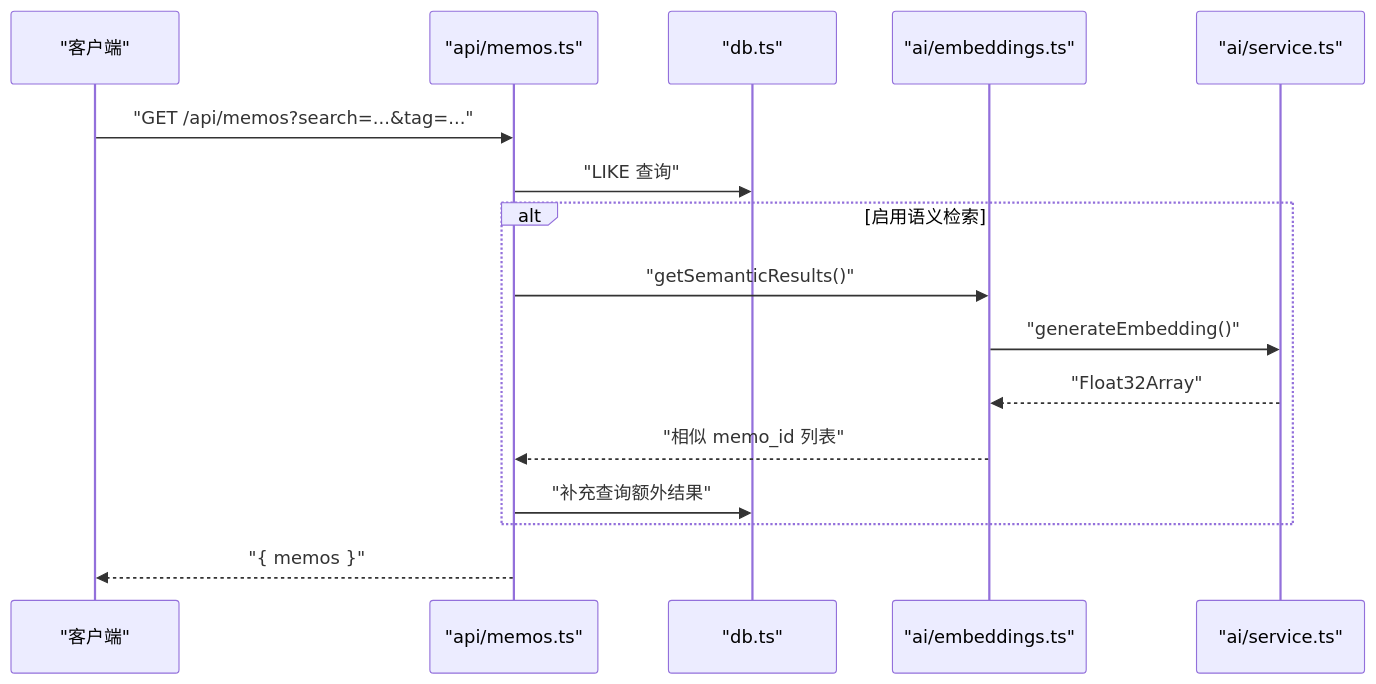
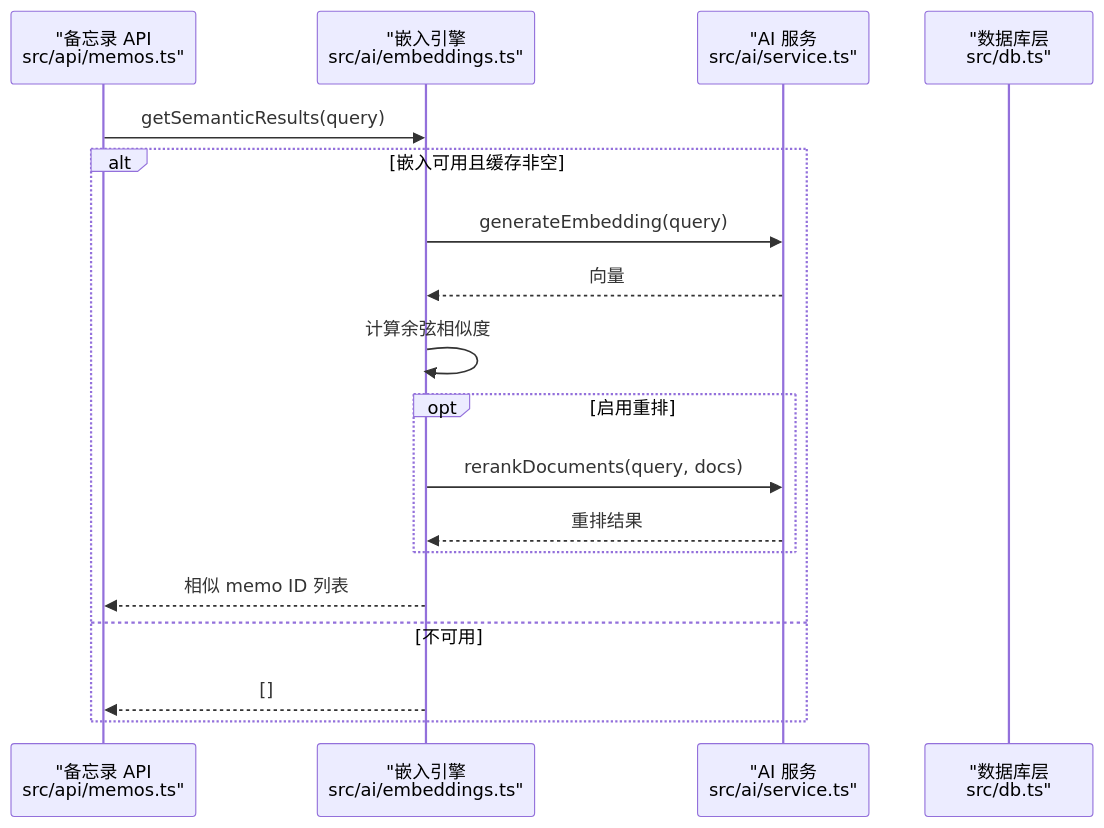
The sixth of 7 diagrams in .qoder/repowiki/zh/content/故障排除.md (BlackBoxRecorder/memos), drawn with Mermaid before and after one commit. The commit also changed other lines of this file and 83 other files, not shown here.

````diff
--- a/.qoder/repowiki/zh/content/故障排除.md
+++ b/.qoder/repowiki/zh/content/故障排除.md
@@ -197,18 +288,20 @@
 ```mermaid
 sequenceDiagram
-participant C as "客户端"
-participant M as "api/memos.ts"
-participant D as "db.ts"
-participant E as "ai/embeddings.ts"
-participant S as "ai/service.ts"
-C->>M : "GET /api/memos?search=...&tag=..."
-M->>D : "LIKE 查询"
-alt 启用语义检索
-M->>E : "getSemanticResults()"
-E->>S : "generateEmbedding()"
-S-->>E : "Float32Array"
-E-->>M : "相似 memo_id 列表"
-M->>D : "补充查询额外结果"
+participant M as "备忘录 API<br/>src/api/memos.ts"
+participant E as "嵌入引擎<br/>src/ai/embeddings.ts"
+participant S as "AI 服务<br/>src/ai/service.ts"
+participant DB as "数据库层<br/>src/db.ts"
+M->>E : getSemanticResults(query)
+alt 嵌入可用且缓存非空
+E->>S : generateEmbedding(query)
+S-->>E : 向量
+E->>E : 计算余弦相似度
+opt 启用重排
+E->>S : rerankDocuments(query, docs)
+S-->>E : 重排结果
 end
-M-->>C : "{ memos }"
+E-->>M : 相似 memo ID 列表
+else 不可用
+E-->>M : []
+end
 ```
````
